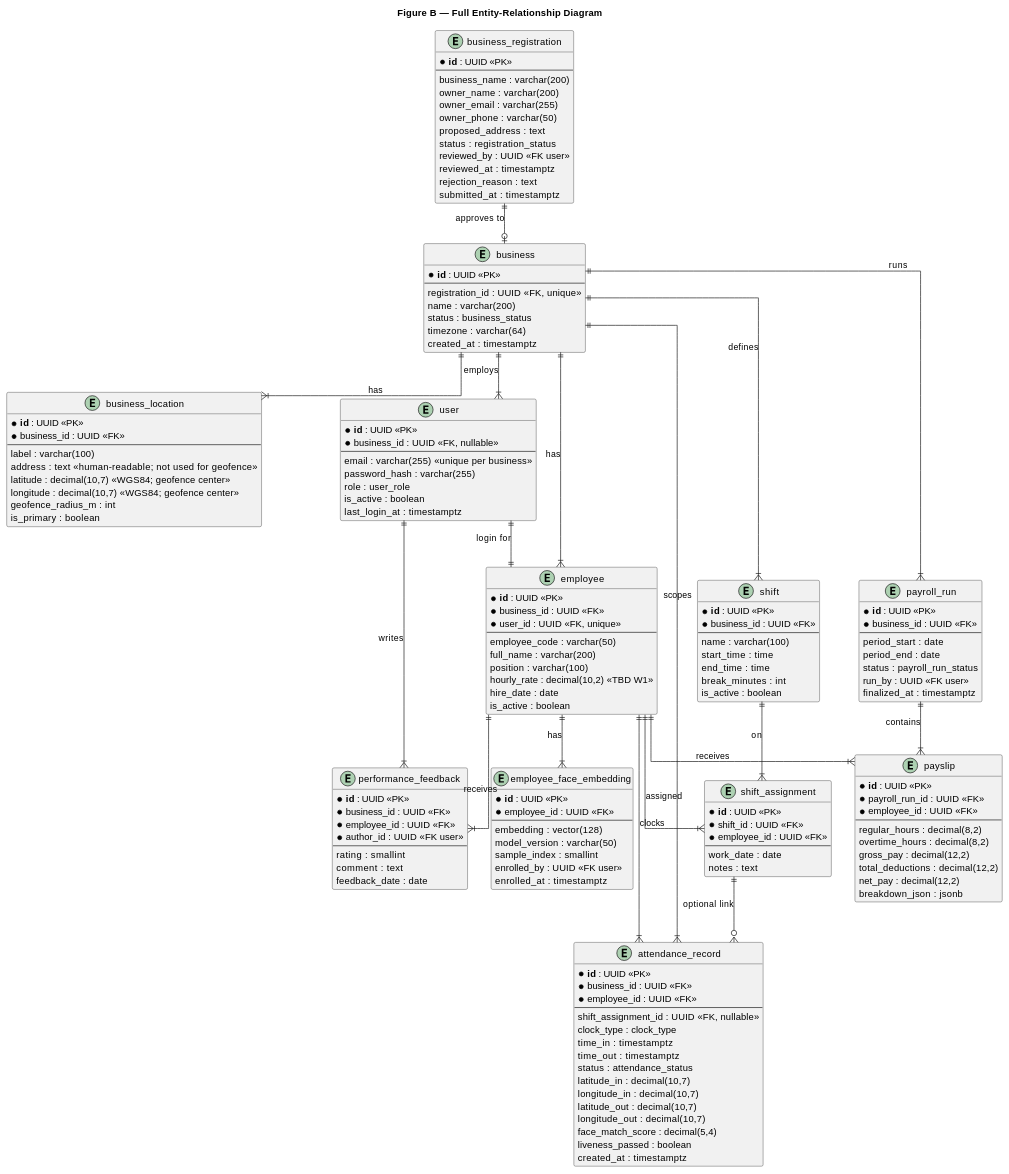
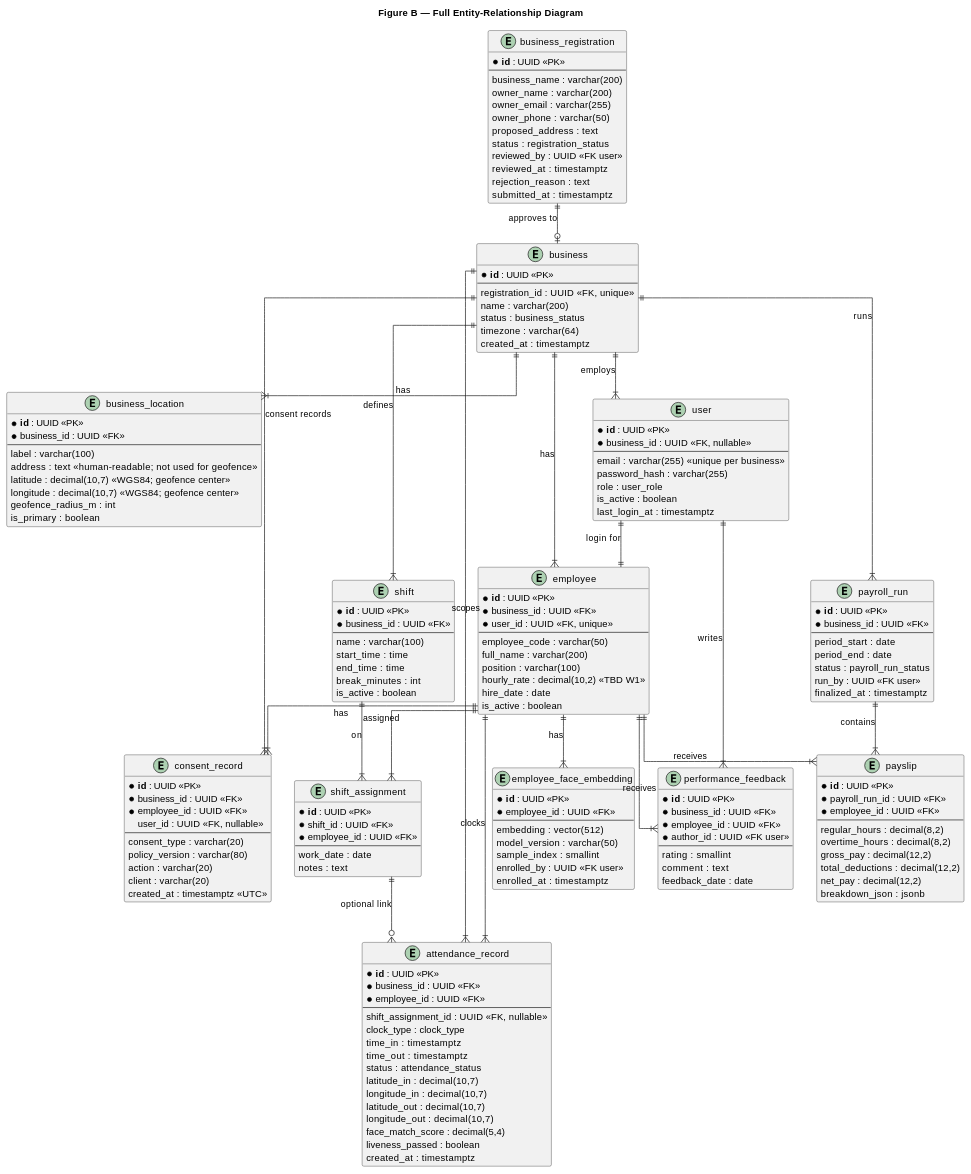
One commit to JRParreno/aroll changed the second of 3 diagrams in docs/DATABASE-ERD.md. Above: the diagram before and after it, drawn with PlantUML. The commit also changed other lines of this file and 49 other files, not shown here.

Commit message:
Add legal consent records and privacy UX

```diff
--- a/docs/DATABASE-ERD.md
+++ b/docs/DATABASE-ERD.md
@@ -135,11 +136,24 @@
   * **id** : UUID <<PK>>
   * employee_id : UUID <<FK>>
   --
-  embedding : vector(128)
+  embedding : vector(512)
   model_version : varchar(50)
   sample_index : smallint
   enrolled_by : UUID <<FK user>>
   enrolled_at : timestamptz
+}
+
+entity "consent_record" as cr {
+  * **id** : UUID <<PK>>
+  * business_id : UUID <<FK>>
+  * employee_id : UUID <<FK>>
+  user_id : UUID <<FK, nullable>>
+  --
+  consent_type : varchar(20)
+  policy_version : varchar(80)
+  action : varchar(20)
+  client : varchar(20)
+  created_at : timestamptz <<UTC>>
 }
 
 entity "shift" as s {
@@ -222,6 +236,8 @@
 b ||--|{ e : has
 u ||--|| e : "login for"
 e ||--|{ efe : has
+b ||--|{ cr : "consent records"
+e ||--|{ cr : has
 b ||--|{ s : defines
 s ||--|{ sa : on
 e ||--|{ sa : assigned
```
